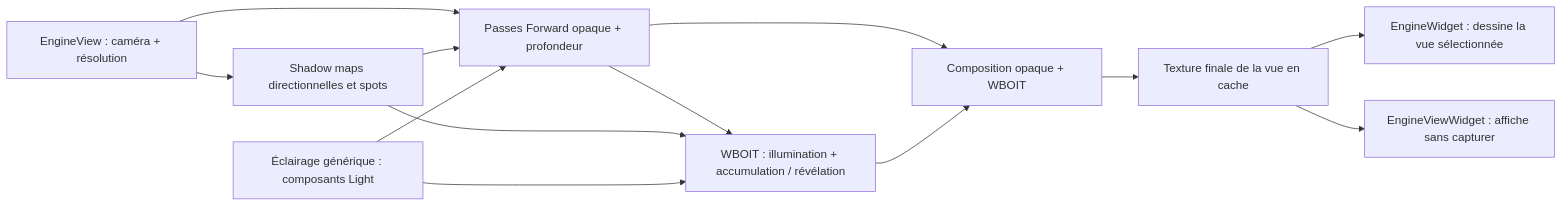
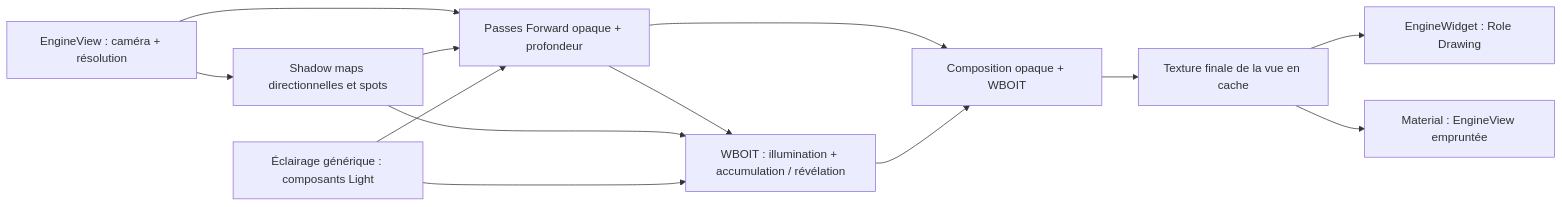
One commit to EreliaStudio/Sparkle changed the tenth of 10 diagrams in docs/voxel-engine-v0.1.4-specification.md. Above: the diagram before and after it, drawn with Mermaid. The commit also changed other lines of this file, not shown here.

Commit message:
docs(v0.1.4): reconcile rendering inheritance, view lifetimes, multiwindow rendering and snapshot sequences

````diff
--- a/docs/voxel-engine-v0.1.4-specification.md
+++ b/docs/voxel-engine-v0.1.4-specification.md
@@ -776,15 +799,15 @@
 ```mermaid
 flowchart LR
   S["EngineView : caméra + résolution"] --> Shadow["Shadow maps directionnelles et spots"]
   S --> Opaque["Passes Forward opaque + profondeur"]
   Shadow --> Opaque
   Opaque --> Trans["WBOIT : illumination + accumulation / révélation"]
   Shadow --> Trans
   Opaque --> Compose["Composition opaque + WBOIT"]
   Trans --> Compose
   Compose --> Tex["Texture finale de la vue en cache"]
-  Tex --> Main["EngineWidget : dessine la vue sélectionnée"]
-  Tex --> Other["EngineViewWidget : affiche sans capturer"]
+  Tex --> Main["EngineWidget : Role Drawing"]
+  Tex --> Other["Material : EngineView empruntée"]
   L["Éclairage générique : composants Light"] --> Opaque
   L --> Trans
 ```
````
